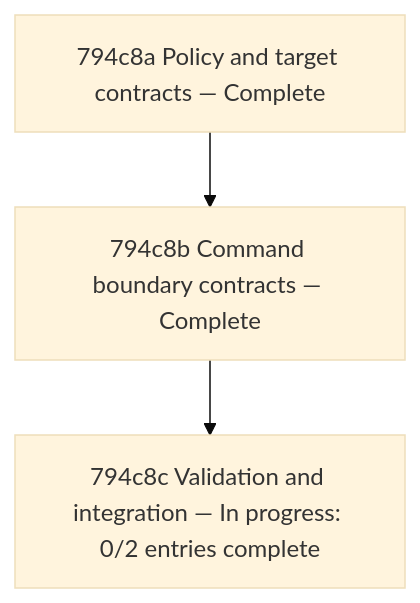
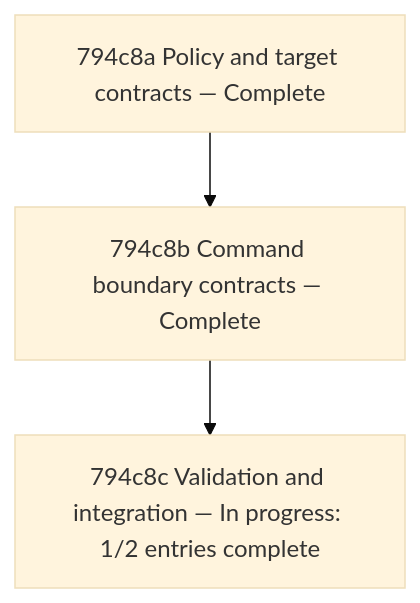
The diagram in docs/changes/794_nilaway-resources/794c_implementation-plan.md (toejough/engram), drawn with Mermaid (base theme) before and after one commit. The commit also changed other lines of this file and 1 other file, not shown here.

Commit message:
docs(794): complete review and validation gate
Refs #794. Canonical promotion and integration remain pending; no merge or push authorized. [codex]

````diff
--- a/docs/changes/794_nilaway-resources/794c_implementation-plan.md
+++ b/docs/changes/794_nilaway-resources/794c_implementation-plan.md
@@ -53,8 +53,8 @@
 ```mermaid
 graph TD
     N794c8a["794c8a Policy and target contracts — Complete"]
     N794c8b["794c8b Command boundary contracts — Complete"]
-    N794c8c["794c8c Validation and integration — In progress: 0/2 entries complete"]
+    N794c8c["794c8c Validation and integration — In progress: 1/2 entries complete"]
     N794c8a --> N794c8b
     N794c8b --> N794c8c
 ```
````
